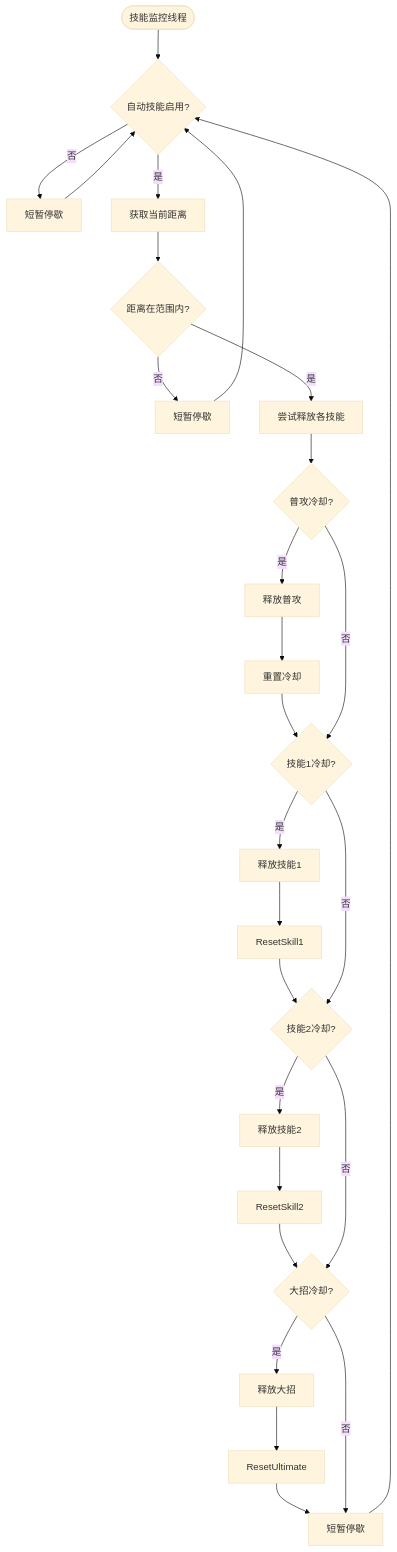
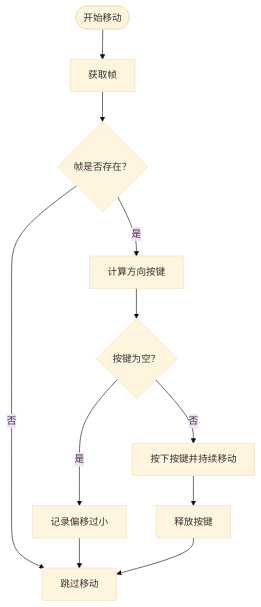
One commit to xsy098-max/ok-jump changed the sixth of 8 diagrams in .qoder/repowiki/zh/content/任务系统/自动战斗任务.md. Above: the diagram before and after it, drawn with Mermaid (base theme). The commit also changed other lines of this file and 216 other files, not shown here.

````diff
--- a/.qoder/repowiki/zh/content/任务系统/自动战斗任务.md
+++ b/.qoder/repowiki/zh/content/任务系统/自动战斗任务.md
@@ -278,21 +324,12 @@
 ```mermaid
 flowchart TD
-Start([技能监控线程]) --> Enabled{"自动技能启用?"}
-Enabled --> |否| Sleep["短暂停歇"] --> Enabled
-Enabled --> |是| GetDistance["获取当前距离"]
-GetDistance --> InRange{"距离在范围内?"}
-InRange --> |否| Sleep2["短暂停歇"] --> Enabled
-InRange --> |是| TrySkills["尝试释放各技能"]
-TrySkills --> CheckAttack{"普攻冷却?"}
-CheckAttack --> |是| DoAttack["释放普攻"] --> ResetAttack["重置冷却"] --> CheckSkill1
-CheckAttack --> |否| CheckSkill1
-CheckSkill1{"技能1冷却?"}
-CheckSkill1 --> |是| DoSkill1["释放技能1"] --> ResetSkill1 --> CheckSkill2
-CheckSkill1 --> |否| CheckSkill2
-CheckSkill2{"技能2冷却?"}
-CheckSkill2 --> |是| DoSkill2["释放技能2"] --> ResetSkill2 --> CheckUltimate
-CheckSkill2 --> |否| CheckUltimate
-CheckUltimate{"大招冷却?"}
-CheckUltimate --> |是| DoUltimate["释放大招"] --> ResetUltimate --> Sleep3
-CheckUltimate --> |否| Sleep3["短暂停歇"] --> Enabled
+Start(["开始移动"]) --> GetFrame["获取帧"]
+GetFrame --> HasFrame{"帧是否存在？"}
+HasFrame --> |否| End["跳过移动"]
+HasFrame --> |是| CalcKeys["计算方向按键"]
+CalcKeys --> KeysEmpty{"按键为空？"}
+KeysEmpty --> |是| LogSmall["记录偏移过小"] --> End
+KeysEmpty --> |否| PressKeys["按下按键并持续移动"]
+PressKeys --> Stop["释放按键"]
+Stop --> End
 ```
````
